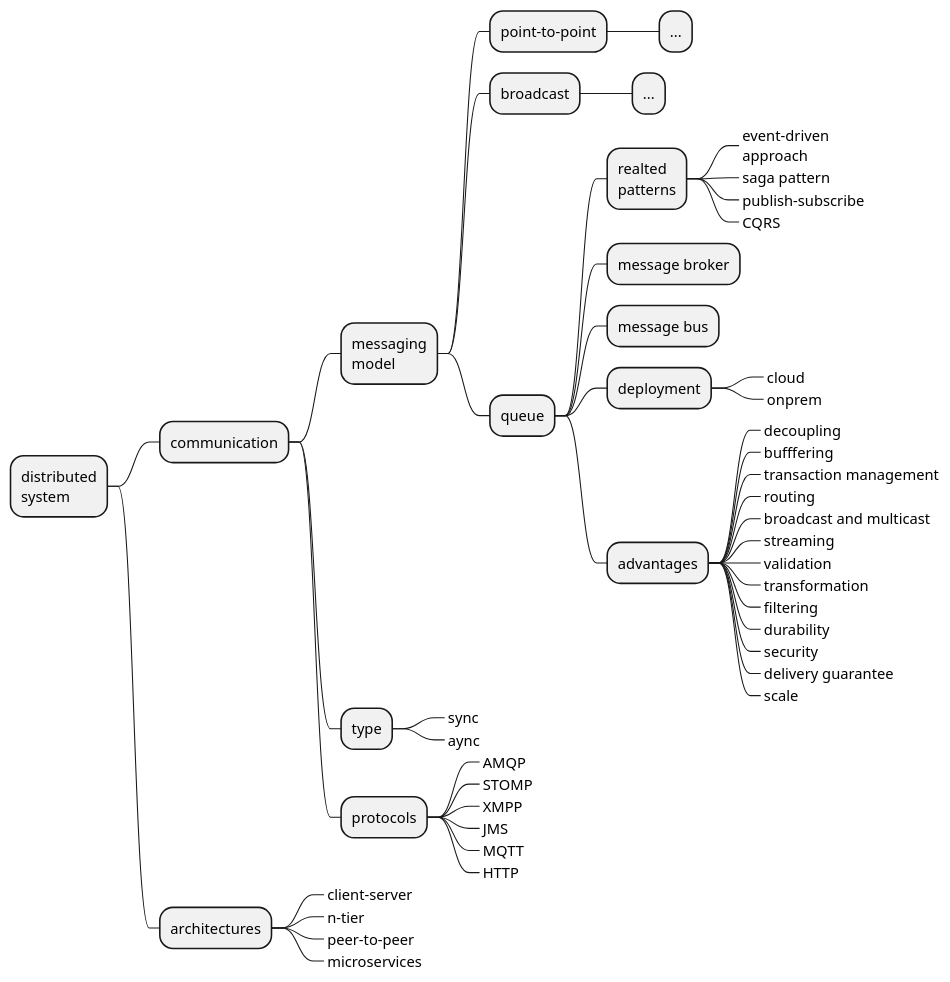
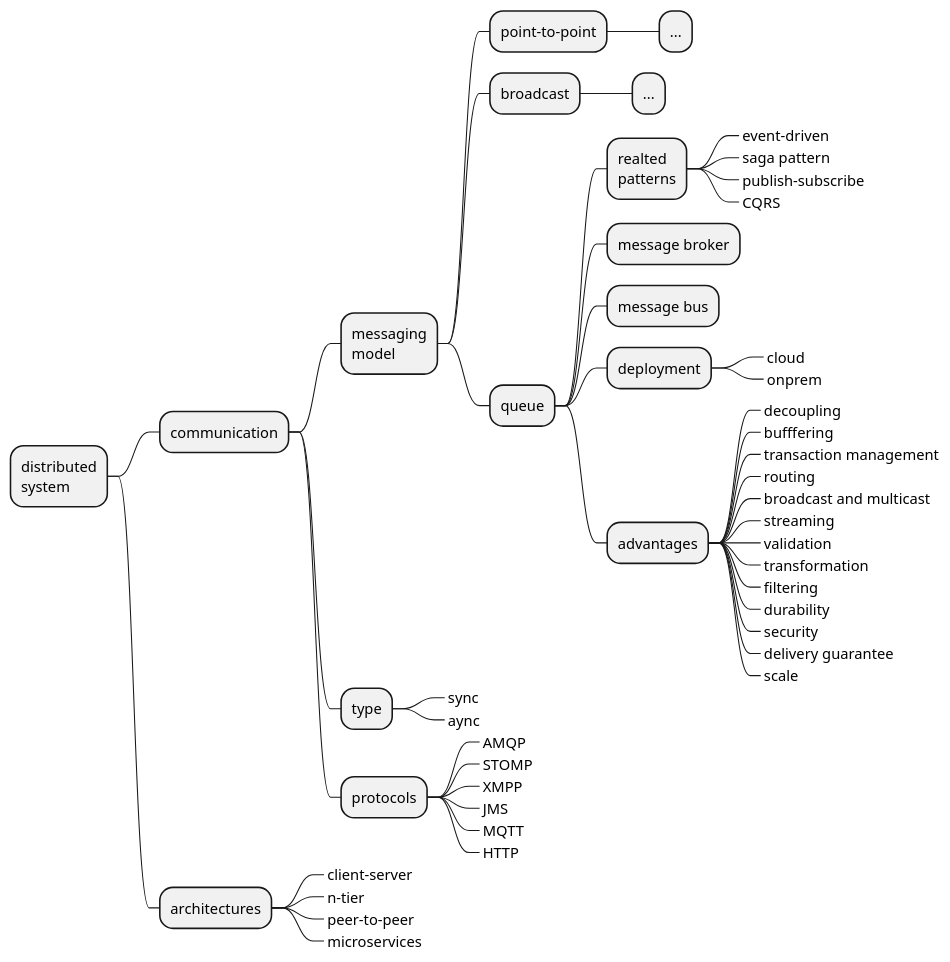
The diagram in messaging-roadmap.iuml (levplotkin/messaging-roadmap), drawn with PlantUML before and after one commit.

```diff
--- a/messaging-roadmap.iuml
+++ b/messaging-roadmap.iuml
@@ -1,64 +1,64 @@
 @startmindmap
 
 + distributed\nsystem
 ++ communication
 
 +++ messaging\nmodel
 
 ++++ point-to-point
 +++++ ...
 
 ++++ broadcast
 +++++ ...
 
 ++++ queue
 
 +++++ realted\npatterns
-++++++_ event-driven\napproach
+++++++_ event-driven
 ++++++_ saga pattern
 ++++++_ publish–subscribe
 ++++++_ CQRS
 
 +++++ message broker
 
 +++++ message bus
 
 +++++ deployment
 ++++++_ cloud
 ++++++_ onprem
 
 
 +++++ advantages
 ++++++_ decoupling
 ++++++_ bufffering
 ++++++_ transaction management
 ++++++_ routing
 ++++++_ broadcast and multicast
 ++++++_ streaming
 ++++++_ validation
 ++++++_ transformation
 ++++++_ filtering
 ++++++_ durability
 ++++++_ security
 ++++++_ delivery guarantee
 ++++++_ scale
 
 +++ type
 ++++_ sync
 ++++_ aync
 
 +++ protocols
 ++++_ AMQP
 ++++_ STOMP
 ++++_ XMPP
 ++++_ JMS
 ++++_ MQTT
 ++++_ HTTP
 
 ++ architectures
 +++_ client–server
 +++_ n-tier
 +++_ peer-to-peer
 +++_ microservices
 
 @endmindmap
```
